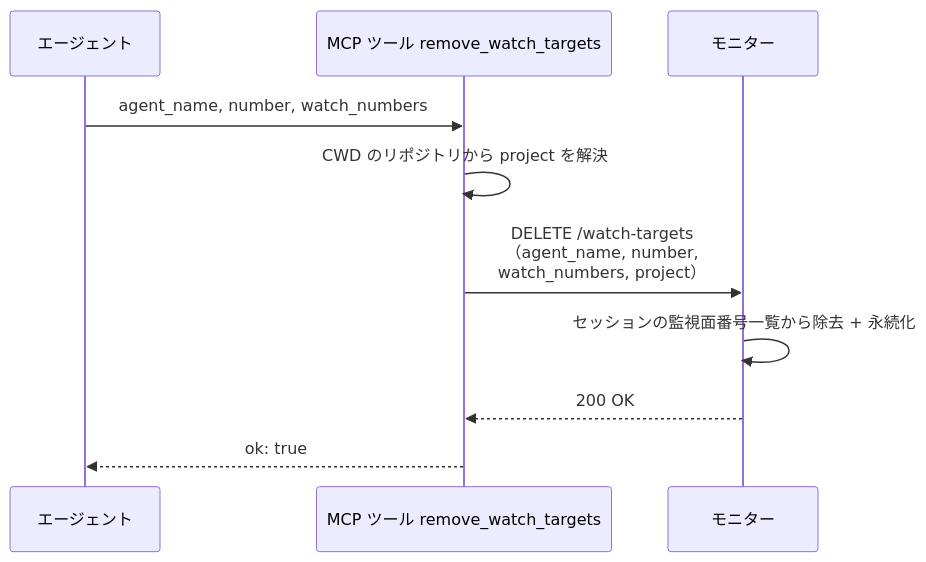
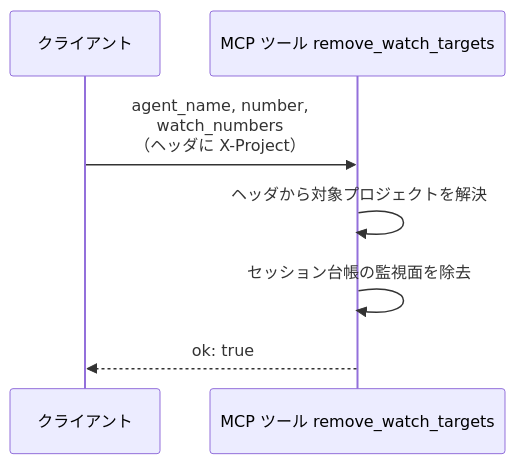
Before and after one commit to shuhei1101/ai-monitor: the first of 2 diagrams in docs/wiki/設計図/バックエンド結合/監視対象除去.py.md, drawn with Mermaid. The commit also changed other lines of this file and 67 other files, not shown here.

````diff
--- a/docs/wiki/設計図/バックエンド結合/監視対象除去.py.md
+++ b/docs/wiki/設計図/バックエンド結合/監視対象除去.py.md
@@ -85,13 +80,10 @@
 ```mermaid
 sequenceDiagram
-  participant A as エージェント
-  participant T as MCP ツール remove_watch_targets
-  participant MON as モニター
+  participant C as クライアント
+  participant IF as MCP ツール remove_watch_targets
 
-  A->>T: agent_name, number, watch_numbers
-  T->>T: CWD のリポジトリから project を解決
-  T->>MON: DELETE /watch-targets<br>（agent_name, number,<br>watch_numbers, project）
-  MON->>MON: セッションの監視面番号一覧から除去 + 永続化
-  MON-->>T: 200 OK
-  T-->>A: ok: true
+  C->>IF: agent_name, number,<br>watch_numbers<br>（ヘッダに X-Project）
+  IF->>IF: ヘッダから対象プロジェクトを解決
+  IF->>IF: セッション台帳の監視面を除去
+  IF-->>C: ok: true
 ```
````
